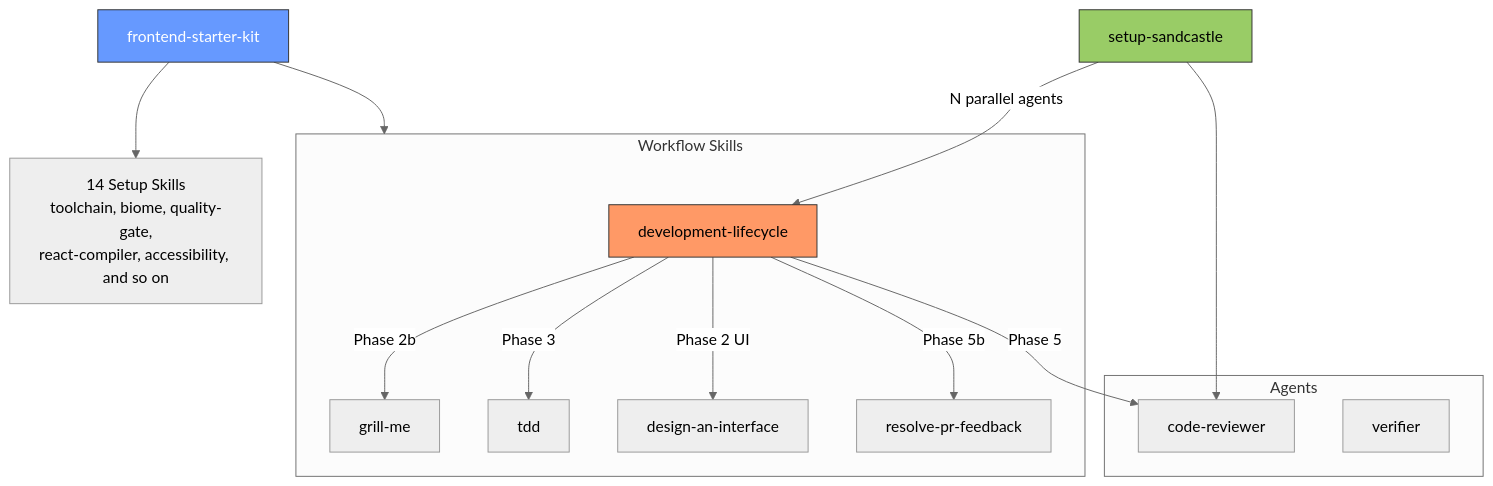
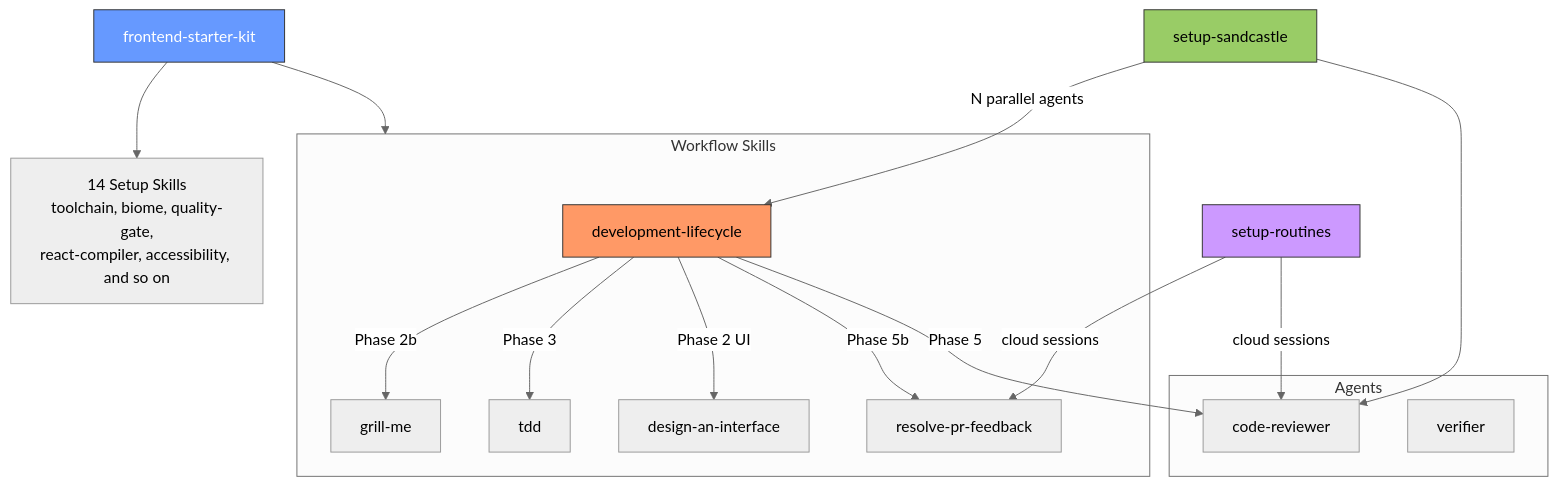
The second of 3 diagrams in README.md (malinskibeniamin/skills), drawn with Mermaid (neutral theme) before and after one commit. The commit also changed other lines of this file, not shown here.

Commit message:
docs(readme): add routines to project overview and install instructions

````diff
--- a/README.md
+++ b/README.md
@@ -497,35 +501,40 @@
 ```mermaid
 graph TD
     FSK["frontend-starter-kit"]
     Setup["14 Setup Skills\ntoolchain, biome, quality-gate,\nreact-compiler, accessibility, and so on"]
     SC[setup-sandcastle]
+    RT[setup-routines]
 
     subgraph Workflow["Workflow Skills"]
         DL["development-lifecycle"]
         TDD[tdd]
         GM[grill-me]
         DAI[design-an-interface]
         RPF[resolve-pr-feedback]
     end
 
     subgraph Agents
         CR[code-reviewer]
         VER[verifier]
     end
 
     FSK --> Setup
     FSK --> Workflow
 
     DL -- "Phase 2b" --> GM
     DL -- "Phase 3" --> TDD
     DL -- "Phase 2 UI" --> DAI
     DL -- "Phase 5b" --> RPF
     DL -- "Phase 5" --> CR
 
     SC -- "N parallel agents" --> DL
     SC --> CR
 
+    RT -- "cloud sessions" --> RPF
+    RT -- "cloud sessions" --> CR
+
     style DL fill:#f96,stroke:#333,color:#000
     style FSK fill:#69f,stroke:#333,color:#fff
     style SC fill:#9c6,stroke:#333,color:#000
+    style RT fill:#c9f,stroke:#333,color:#000
 ```
````
